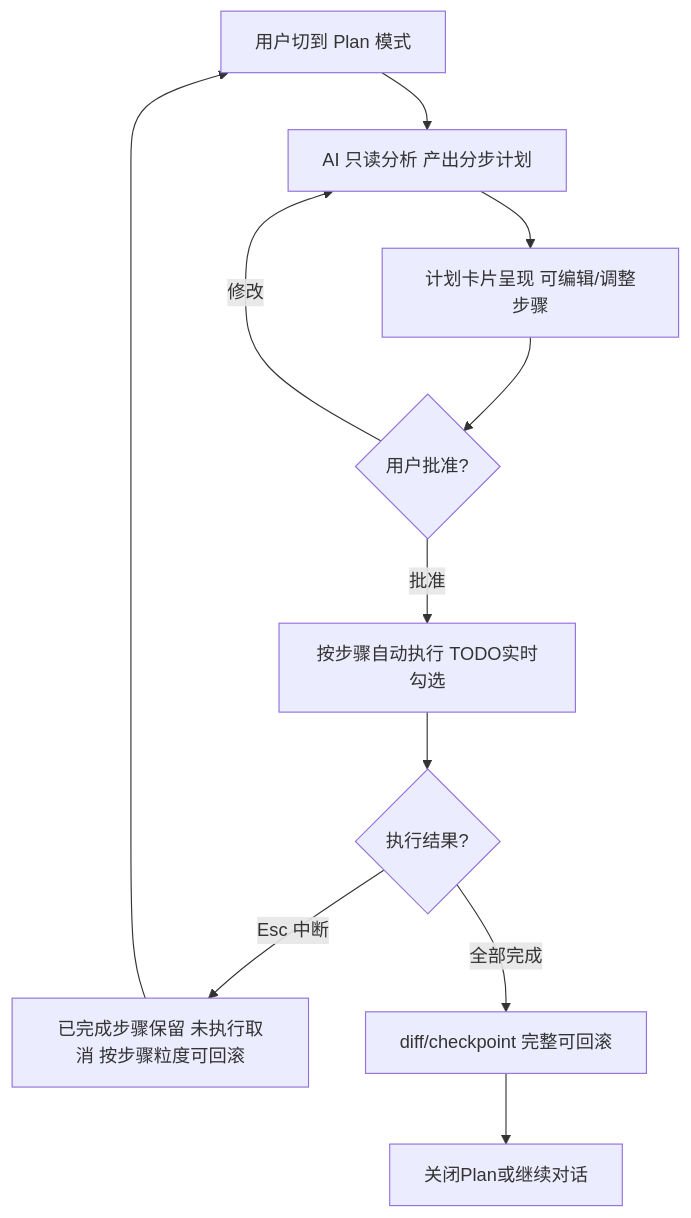
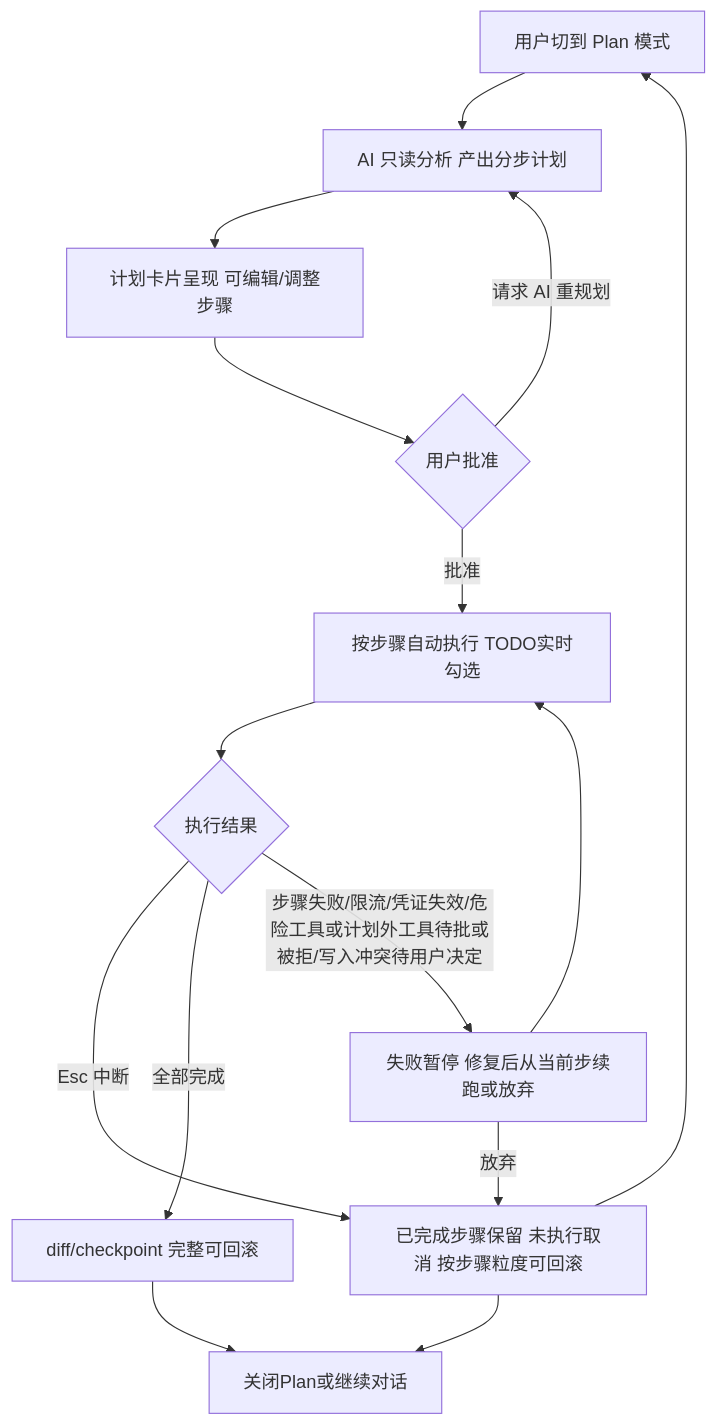
Before and after one commit to js110/pi-vscode: the fifth of 9 diagrams in prd/PRD.md, drawn with Mermaid. The commit also changed other lines of this file and 3 other files, not shown here.

````diff
--- a/prd/PRD.md
+++ b/prd/PRD.md
@@ -161,13 +380,17 @@
 ```mermaid
 flowchart TD
     S1[用户切到 Plan 模式] --> S2[AI 只读分析 产出分步计划]
     S2 --> S3[计划卡片呈现 可编辑/调整步骤]
-    S3 --> S4{用户批准?}
-    S4 -->|修改| S2
+    S3 --> S4{用户批准}
+    S4 -->|请求 AI 重规划| S2
     S4 -->|批准| S5[按步骤自动执行 TODO实时勾选]
-    S5 --> S6{执行结果?}
+    S5 --> S6{执行结果}
     S6 -->|Esc 中断| S7[已完成步骤保留 未执行取消 按步骤粒度可回滚]
     S6 -->|全部完成| S8[diff/checkpoint 完整可回滚]
+    S6 -->|步骤失败/限流/凭证失效/危险工具或计划外工具待批或被拒/写入冲突待用户决定| S9[失败暂停 修复后从当前步续跑或放弃]
+    S9 --> S5
+    S9 -->|放弃| S7
     S7 --> S1
-    S8 --> S9[关闭Plan或继续对话]
+    S7 --> S10[关闭Plan或继续对话]
+    S8 --> S10[关闭Plan或继续对话]
 ```
````
